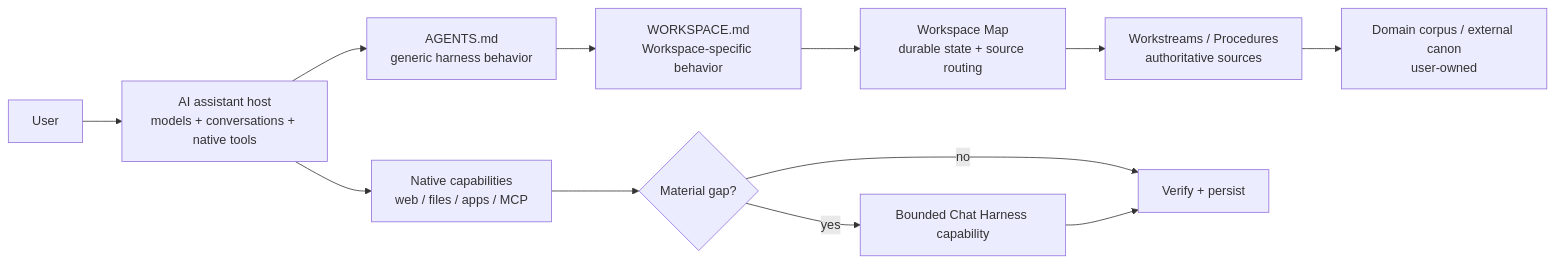
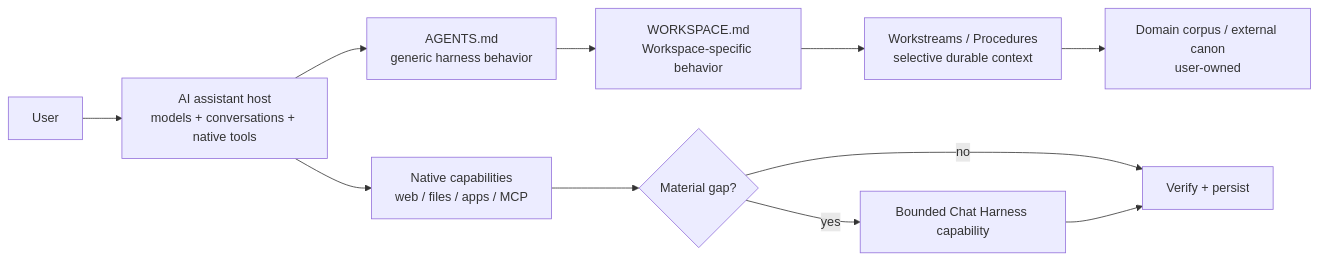
The diagram in README.md (carlosboeing/chat-harness), drawn with Mermaid before and after one commit. The commit also changed other lines of this file and 34 other files, not shown here.

````diff
--- a/README.md
+++ b/README.md
@@ -27,14 +27,13 @@
 ```mermaid
 flowchart LR
     U["User"] --> H["AI assistant host<br/>models + conversations + native tools"]
     H --> A["AGENTS.md<br/>generic harness behavior"]
     A --> W["WORKSPACE.md<br/>Workspace-specific behavior"]
-    W --> M["Workspace Map<br/>durable state + source routing"]
-    M --> S["Workstreams / Procedures<br/>authoritative sources"]
+    W --> S["Workstreams / Procedures<br/>selective durable context"]
     S --> C["Domain corpus / external canon<br/>user-owned"]
     H --> N["Native capabilities<br/>web / files / apps / MCP"]
     N --> X{"Material gap?"}
     X -- "no" --> V["Verify + persist"]
     X -- "yes" --> E["Bounded Chat Harness capability"]
     E --> V
 ```
````
